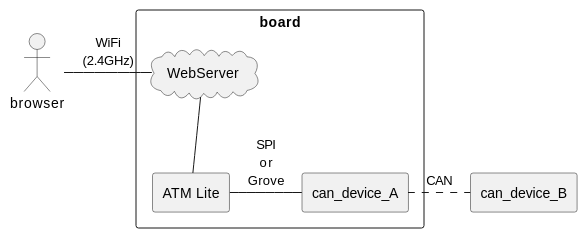
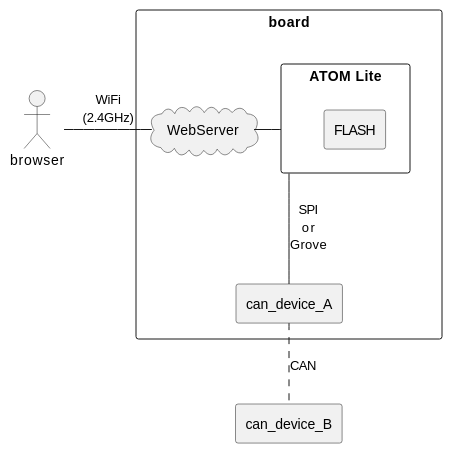
The second of 2 diagrams in README.md (MaSiRoProjectOSS/CANDataViewer), drawn with PlantUML before and after one commit. The commit also changed other lines of this file and 29 other files, not shown here.

````diff
--- a/README.md
+++ b/README.md
@@ -70,18 +73,21 @@
 ```plantuml
 @startuml
 rectangle system  as "board" {
 cloud WebServer
-rectangle board as "ATM Lite"
+rectangle board as "ATOM Lite" {
+  rectangle SPPIFS as "FLASH"
+}
 rectangle can_device_A
+
 
 }
 rectangle can_device_B
 actor browser
 
 browser -right- WebServer : WiFi\n(2.4GHz)
-WebServer -- board
-board -right- can_device_A : "SPI\nor\nGrove"
-can_device_A .right. can_device_B : CAN
+WebServer -right- board
+board -down- can_device_A : "SPI\nor\nGrove"
+can_device_A .down. can_device_B : CAN
 
 @enduml
 ```
````
